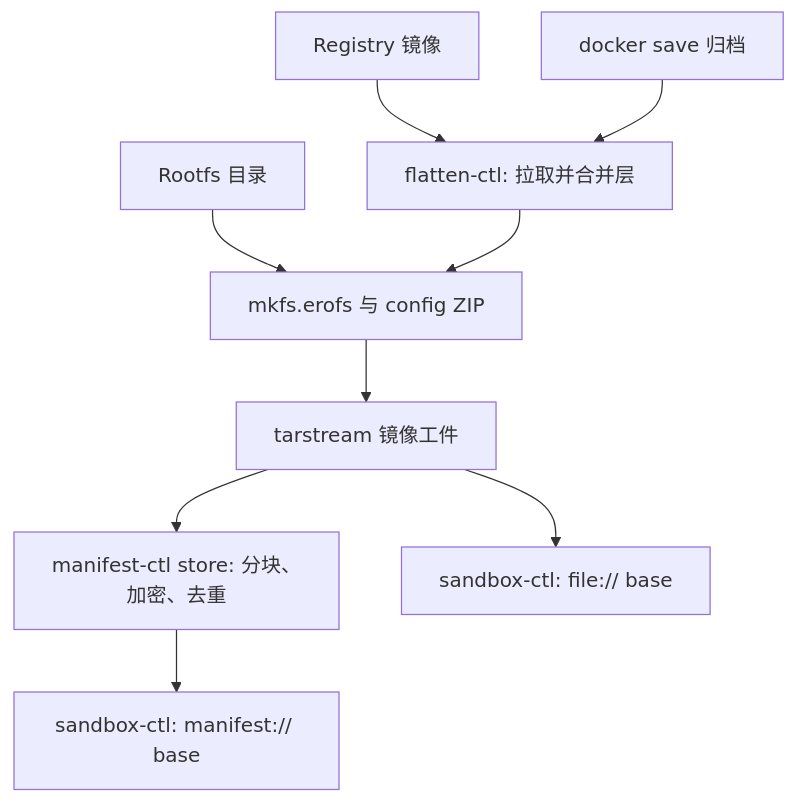
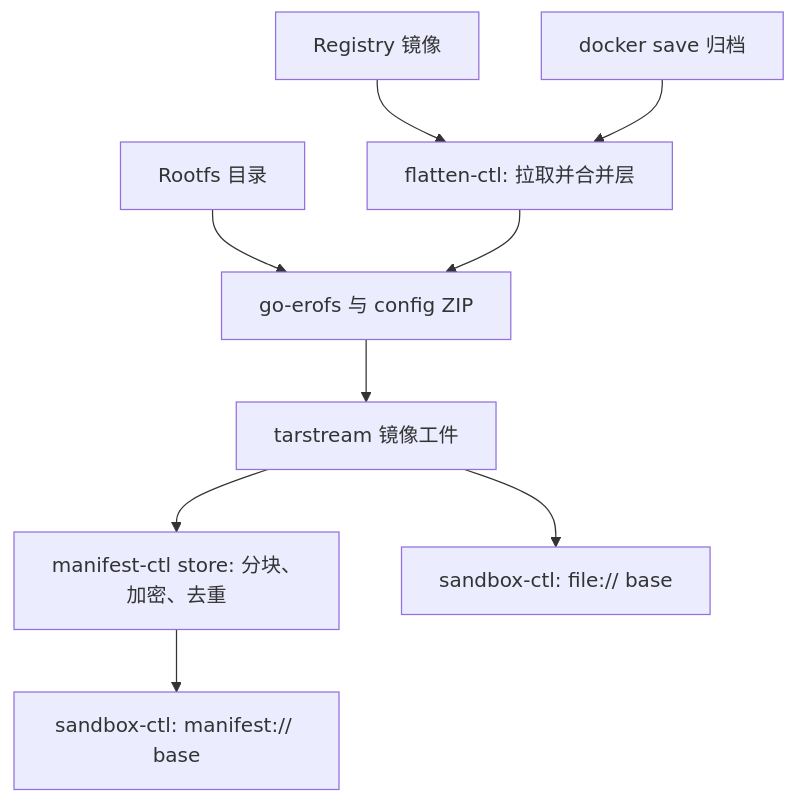
The diagram in docs/flatten_zh.md (fullof-work/guest-runtime-contrib), drawn with Mermaid before and after one commit. The commit also changed other lines of this file and 28 other files, not shown here.

````diff
--- a/docs/flatten_zh.md
+++ b/docs/flatten_zh.md
@@ -54,11 +53,11 @@
 ```mermaid
 flowchart TD
   R["Registry 镜像"] --> F["flatten-ctl: 拉取并合并层"]
   A["docker save 归档"] --> F
-  D["Rootfs 目录"] --> E["mkfs.erofs 与 config ZIP"]
+  D["Rootfs 目录"] --> E["go-erofs 与 config ZIP"]
   F --> E
   E --> T["tarstream 镜像工件"]
   T --> M["manifest-ctl store: 分块、加密、去重"]
   T --> S["sandbox-ctl: file:// base"]
   M --> B["sandbox-ctl: manifest:// base"]
 ```
````
